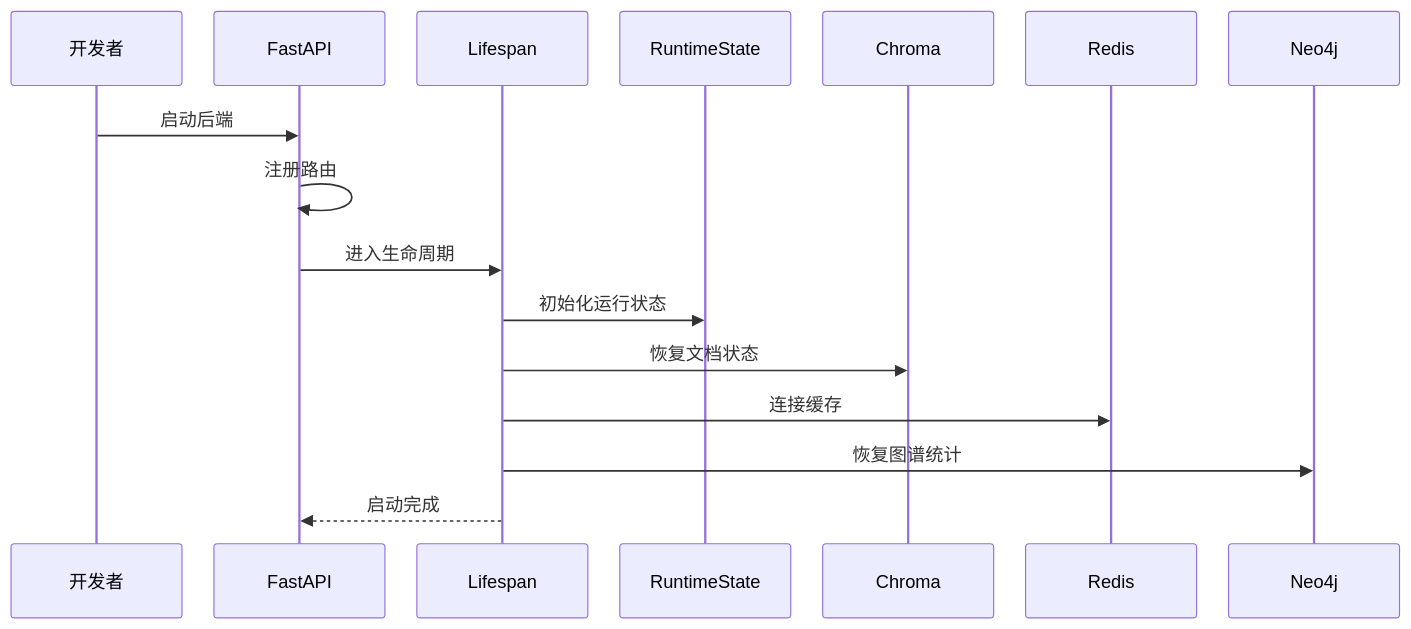
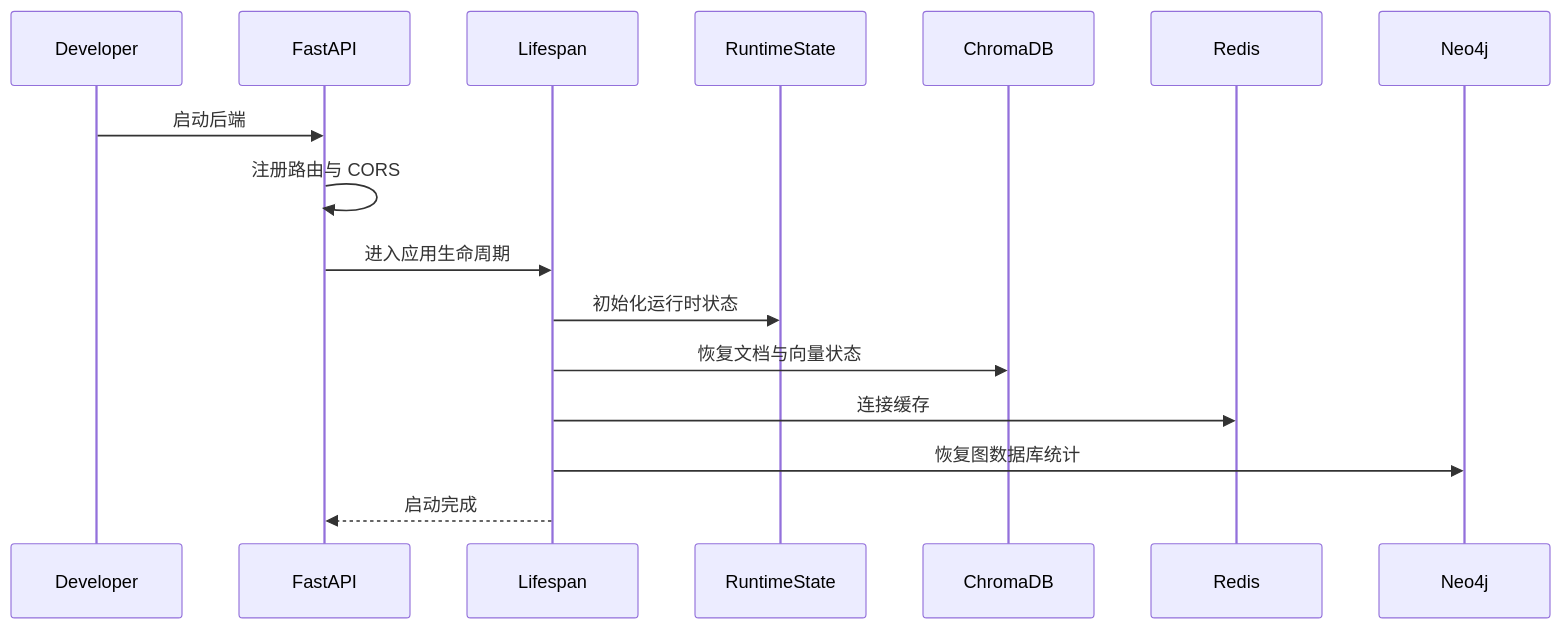
Before and after one commit to TheLadyOfCute/Multi-Agent-RAG: the first of 5 diagrams in README.md, drawn with Mermaid. The commit also changed other lines of this file, not shown here.

````diff
--- a/README.md
+++ b/README.md
@@ -56,20 +63,19 @@
 ```mermaid
-%%{init: {"themeVariables": {"fontSize": "12px"}, "sequence": {"actorMargin": 28, "messageMargin": 30}}}%%
 sequenceDiagram
-  participant Dev as 开发者
+  participant Dev as Developer
   participant API as FastAPI
   participant Life as Lifespan
   participant State as RuntimeState
-  participant Chroma as Chroma
+  participant Chroma as ChromaDB
   participant Redis as Redis
   participant Neo4j as Neo4j
 
   Dev->>API: 启动后端
-  API->>API: 注册路由
-  API->>Life: 进入生命周期
-  Life->>State: 初始化运行状态
-  Life->>Chroma: 恢复文档状态
+  API->>API: 注册路由与 CORS
+  API->>Life: 进入应用生命周期
+  Life->>State: 初始化运行时状态
+  Life->>Chroma: 恢复文档与向量状态
   Life->>Redis: 连接缓存
-  Life->>Neo4j: 恢复图谱统计
+  Life->>Neo4j: 恢复图数据库统计
   Life-->>API: 启动完成
 ```
````
